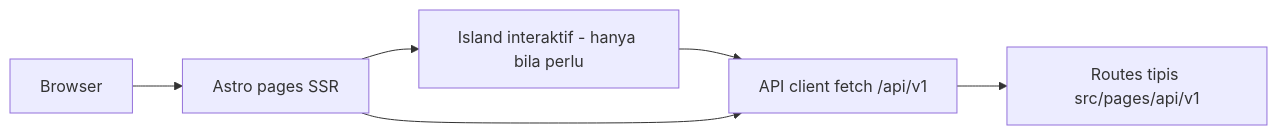
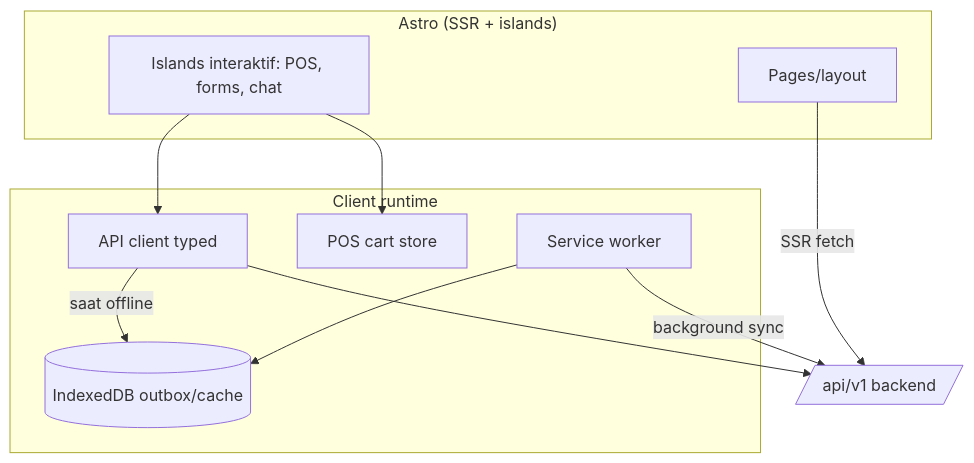
Before and after one commit to ahliweb/awcms-mini: the first of 3 diagrams in docs/awcms-mini/15_frontend_architecture_integration.md, drawn with Mermaid. The commit also changed other lines of this file and 51 other files, not shown here.

````diff
--- a/docs/awcms-mini/15_frontend_architecture_integration.md
+++ b/docs/awcms-mini/15_frontend_architecture_integration.md
@@ -9,8 +25,20 @@
 ```mermaid
-flowchart LR
-  Browser --> Pages[Astro pages SSR]
-  Pages --> Islands[Island interaktif - hanya bila perlu]
-  Islands --> Client[API client fetch /api/v1]
-  Pages --> Client
-  Client --> API[Routes tipis src/pages/api/v1]
+flowchart TB
+  subgraph Astro["Astro (SSR + islands)"]
+    Pages[Pages/layout]
+    Islands[Islands interaktif: POS, forms, chat]
+  end
+  subgraph FE["Client runtime"]
+    Client[API client typed]
+    Store[POS cart store]
+    SW[Service worker]
+    IDB[(IndexedDB outbox/cache)]
+  end
+  API[/api/v1 backend/]
+  Pages -->|SSR fetch| API
+  Islands --> Client --> API
+  Islands --> Store
+  Client -->|saat offline| IDB
+  SW --> IDB
+  SW -->|background sync| API
 ```
````
